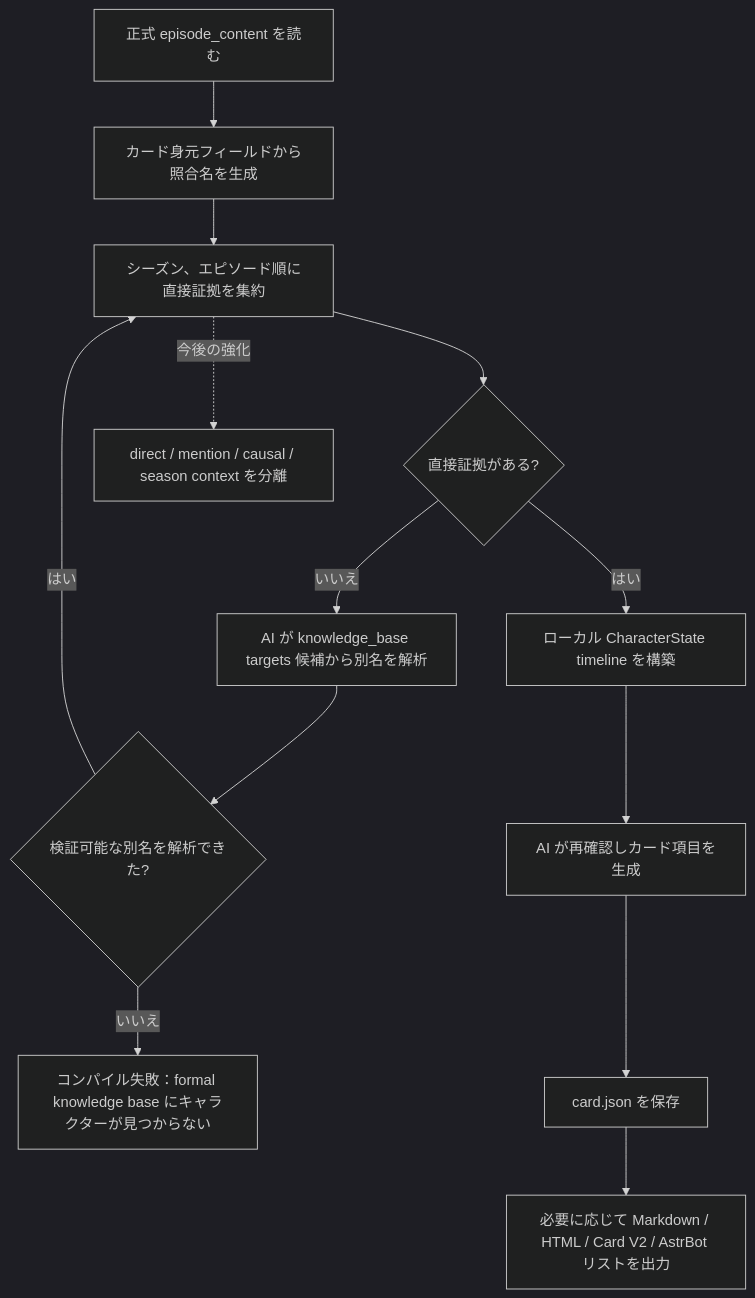
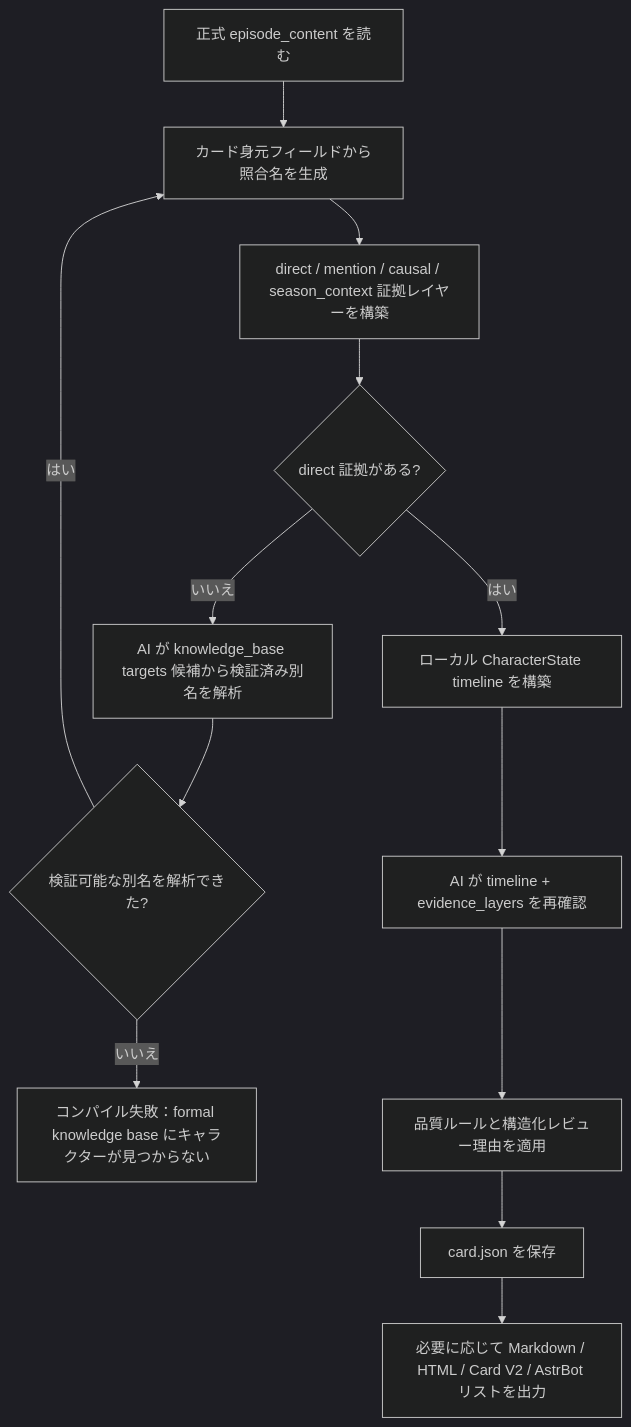
The second of 2 diagrams in docs/reference/extraction-workflow.ja_JP.md (yomihime/CharaPicker), drawn with Mermaid (dark theme) before and after one commit. The commit also changed other lines of this file and 17 other files, not shown here.

Commit message:
docs: refresh character card quality architecture

````diff
--- a/docs/reference/extraction-workflow.ja_JP.md
+++ b/docs/reference/extraction-workflow.ja_JP.md
@@ -212,15 +215,15 @@
 ```mermaid
 flowchart TD
     A[正式 episode_content を読む] --> B[カード身元フィールドから照合名を生成]
-    B --> C[シーズン、エピソード順に直接証拠を集約]
-    C --> D{直接証拠がある?}
-    D -->|いいえ| E[AI が knowledge_base targets 候補から別名を解析]
+    B --> C[direct / mention / causal / season_context 証拠レイヤーを構築]
+    C --> D{direct 証拠がある?}
+    D -->|いいえ| E[AI が knowledge_base targets 候補から検証済み別名を解析]
     E --> F{検証可能な別名を解析できた?}
-    F -->|はい| C
+    F -->|はい| B
     F -->|いいえ| X[コンパイル失敗：formal knowledge base にキャラクターが見つからない]
     D -->|はい| G[ローカル CharacterState timeline を構築]
-    G --> H[AI が再確認しカード項目を生成]
-    H --> I[card.json を保存]
+    G --> H[AI が timeline + evidence_layers を再確認]
+    H --> Q[品質ルールと構造化レビュー理由を適用]
+    Q --> I[card.json を保存]
     I --> J[必要に応じて Markdown / HTML / Card V2 / AstrBot リストを出力]
-    C -. 今後の強化 .-> K[direct / mention / causal / season context を分離]
 ```
````
